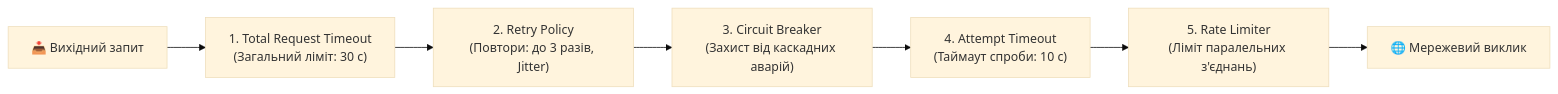
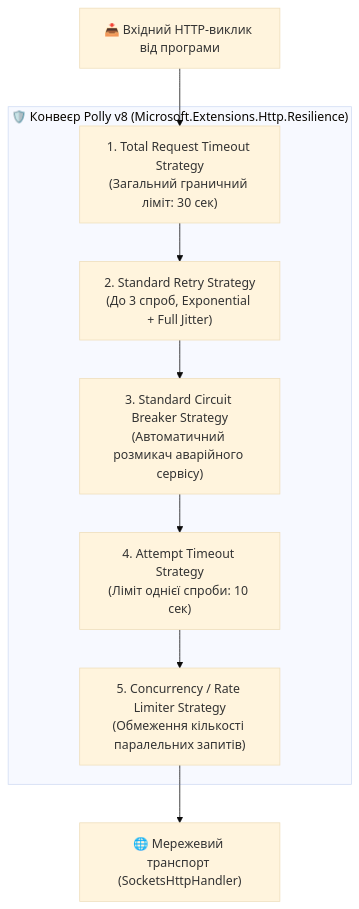
One commit to MrTomkaYurii/Demo-CargoDeliveryService changed the fourth of 5 diagrams in 02-Microservices-Craftsman/02-01-Aspire-Documentation/06_ServiceDiscovery_Resilience_Polly_HttpClient.md. Above: the diagram before and after it, drawn with Mermaid (base theme). The commit also changed other lines of this file and 5 other files, not shown here.

Commit message:
docs(aspire): expand guides 01-06 into comprehensive masterclass with deep theory, code dissections, and verified mermaid diagrams

````diff
--- a/02-Microservices-Craftsman/02-01-Aspire-Documentation/06_ServiceDiscovery_Resilience_Polly_HttpClient.md
+++ b/02-Microservices-Craftsman/02-01-Aspire-Documentation/06_ServiceDiscovery_Resilience_Polly_HttpClient.md
@@ -64,9 +162,14 @@
 ```mermaid
-flowchart LR
-    Req["📥 Вихідний запит"] --> L1["1. Total Request Timeout<br/>(Загальний ліміт: 30 с)"]
-    L1 --> L2["2. Retry Policy<br/>(Повтори: до 3 разів, Jitter)"]
-    L2 --> L3["3. Circuit Breaker<br/>(Захист від каскадних аварій)"]
-    L3 --> L4["4. Attempt Timeout<br/>(Таймаут спроби: 10 с)"]
-    L4 --> L5["5. Rate Limiter<br/>(Ліміт паралельних з'єднань)"]
-    L5 --> Net["🌐 Мережевий виклик"]
+flowchart TD
+    Req["📥 Вхідний HTTP-виклик від програми"] --> L1
+    
+    subgraph Pipeline ["🛡️ Конвеєр Polly v8 (Microsoft.Extensions.Http.Resilience)"]
+        L1["1. Total Request Timeout Strategy<br/>(Загальний граничний ліміт: 30 сек)"]
+        L1 --> L2["2. Standard Retry Strategy<br/>(До 3 спроб, Exponential + Full Jitter)"]
+        L2 --> L3["3. Standard Circuit Breaker Strategy<br/>(Автоматичний розмикач аварійного сервісу)"]
+        L3 --> L4["4. Attempt Timeout Strategy<br/>(Ліміт однієї спроби: 10 сек)"]
+        L4 --> L5["5. Concurrency / Rate Limiter Strategy<br/>(Обмеження кількості паралельних запитів)"]
+    end
+    
+    L5 --> Net["🌐 Мережевий транспорт (SocketsHttpHandler)"]
 ```
````
